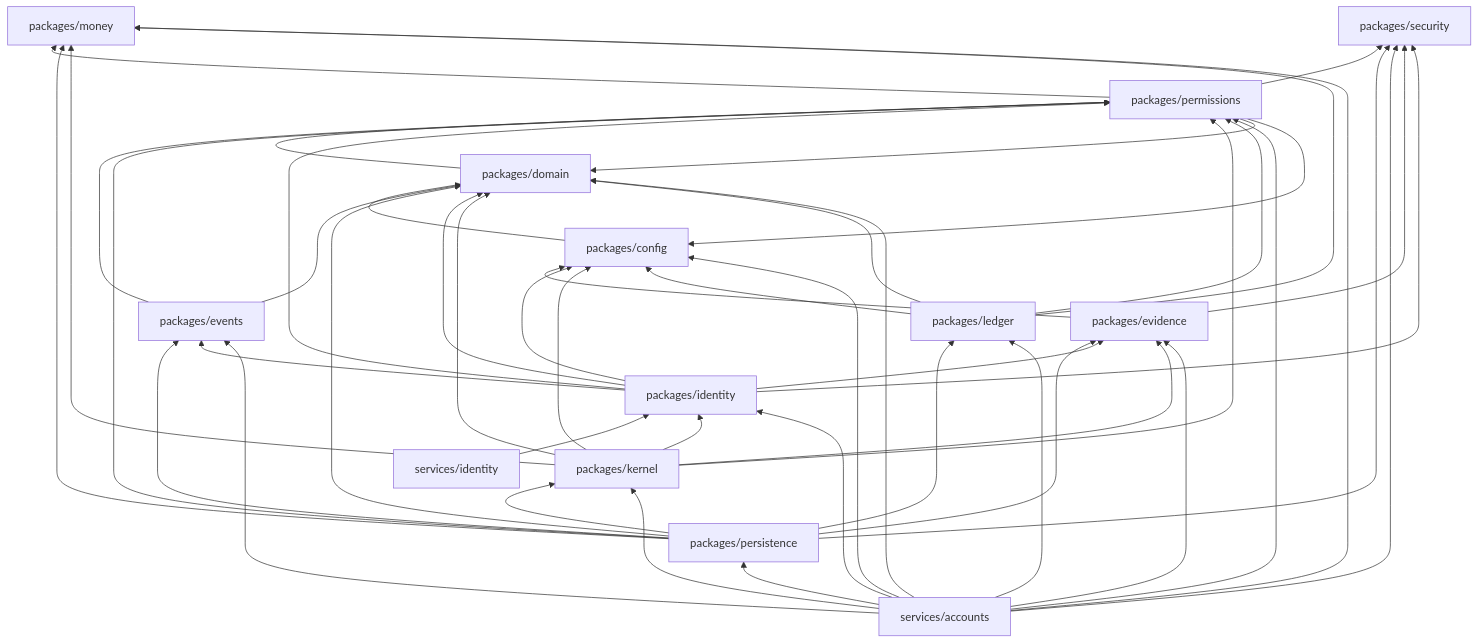
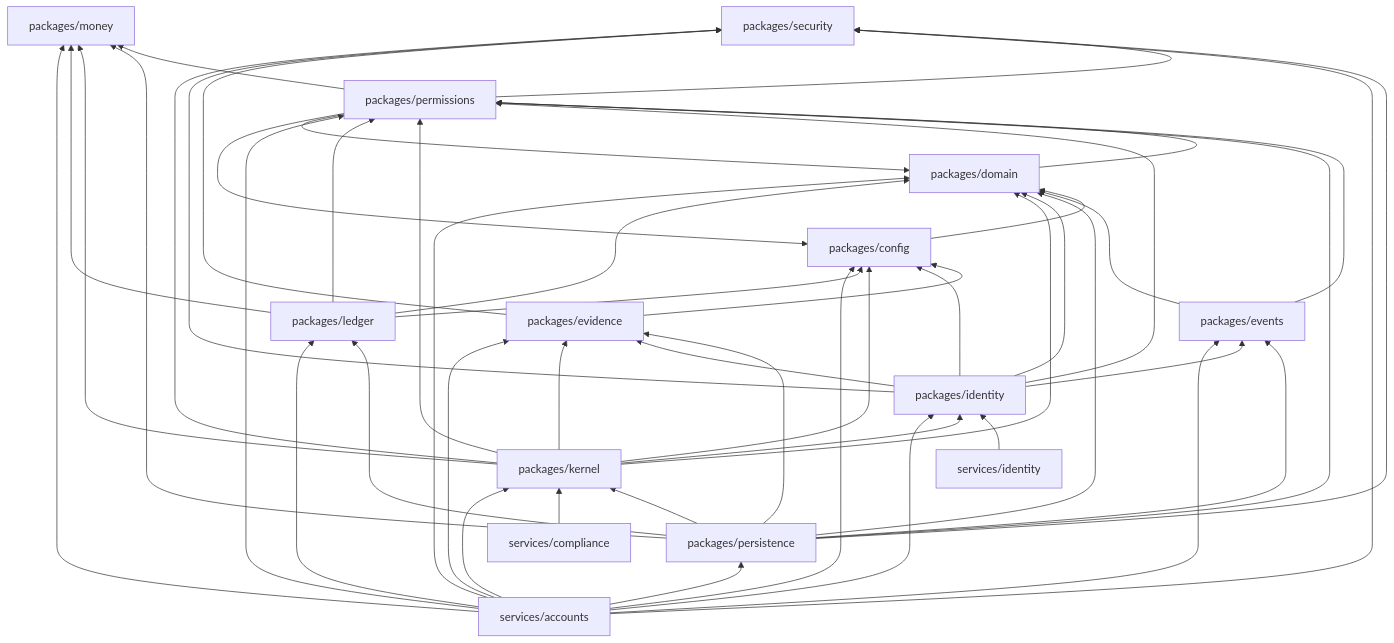
Before and after one commit to reyesnick54/solstice: the second of 2 diagrams in docs/architecture/constitution.md, drawn with Mermaid. The commit also changed other lines of this file and 60 other files, not shown here.

````diff
--- a/docs/architecture/constitution.md
+++ b/docs/architecture/constitution.md
@@ -319,63 +319,66 @@
 ```mermaid
 flowchart BT
   money["packages/money"]
   security["packages/security"]
   config["packages/config"]
   domain["packages/domain"]
   events["packages/events"]
   evidence["packages/evidence"]
   permissions["packages/permissions"]
   identity["packages/identity"]
   kernel["packages/kernel"]
   ledger["packages/ledger"]
   accounts["services/accounts"]
   identitySvc["services/identity"]
+  complianceSvc["services/compliance"]
 
   config --> domain
   domain --> permissions
   permissions --> domain
   permissions --> money
   permissions --> config
   permissions --> security
   events --> domain
   events --> permissions
   persistence["packages/persistence"]
   persistence --> domain
   persistence --> evidence
   persistence --> events
   persistence --> ledger
   persistence --> permissions
   persistence --> money
   persistence --> kernel
   persistence --> security
   accounts --> persistence
   accounts --> security
   evidence --> config
   evidence --> security
   identity --> domain
   identity --> security
   identity --> permissions
   identity --> config
   identity --> evidence
   identity --> events
   identitySvc --> identity
+  complianceSvc --> kernel
   kernel --> config
   kernel --> evidence
   kernel --> permissions
   kernel --> domain
   kernel --> money
   kernel --> identity
+  kernel --> security
   ledger --> config
   ledger --> permissions
   ledger --> domain
   ledger --> money
   accounts --> domain
   accounts --> evidence
   accounts --> events
   accounts --> kernel
   accounts --> ledger
   accounts --> permissions
   accounts --> config
   accounts --> money
   accounts --> identity
 ```
````
